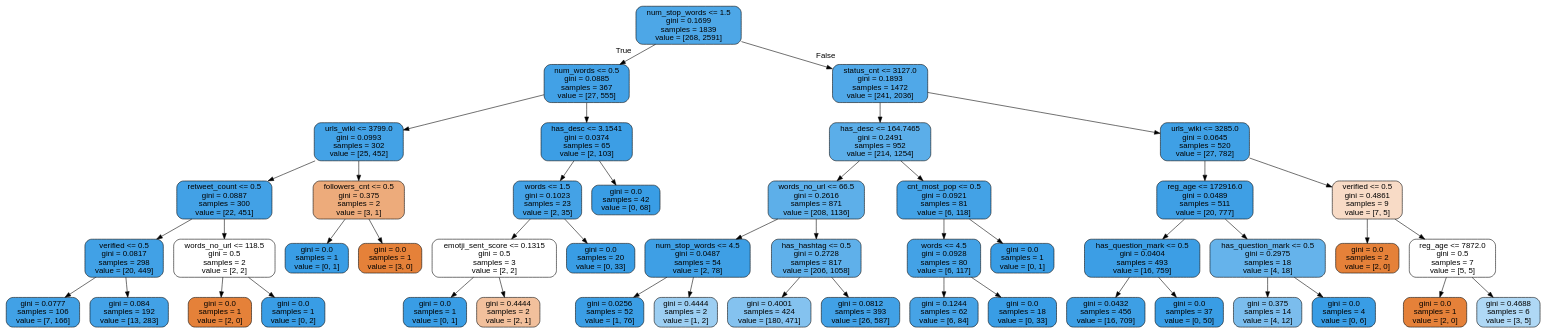
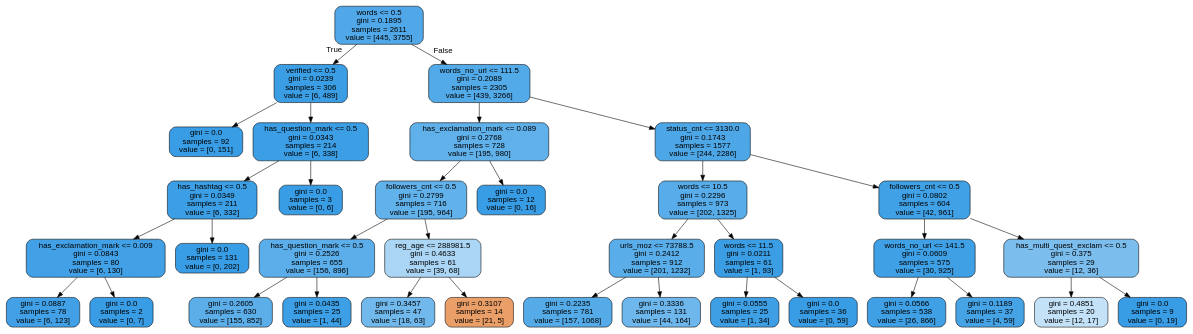
One commit to burningskies42/Twitter_Analytics changed the diagram in Python/twitter_filter/trees/dtree4.dot. Above: the diagram before and after it, drawn with Graphviz. The commit also changed 44 other files, not shown here.

```diff
--- a/Python/twitter_filter/trees/dtree4.dot
+++ b/Python/twitter_filter/trees/dtree4.dot
@@ -1,97 +1,73 @@
 digraph Tree {
 node [shape=box, style="filled, rounded", color="black", fontname=helvetica] ;
 edge [fontname=helvetica] ;
-0 [label="num_stop_words <= 1.5\ngini = 0.1699\nsamples = 1839\nvalue = [268, 2591]", fillcolor="#399de5e5"] ;
-1 [label="num_words <= 0.5\ngini = 0.0885\nsamples = 367\nvalue = [27, 555]", fillcolor="#399de5f3"] ;
+0 [label="words <= 0.5\ngini = 0.1895\nsamples = 2611\nvalue = [445, 3755]", fillcolor="#399de5e1"] ;
+1 [label="verified <= 0.5\ngini = 0.0239\nsamples = 306\nvalue = [6, 489]", fillcolor="#399de5fc"] ;
 0 -> 1 [labeldistance=2.5, labelangle=45, headlabel="True"] ;
-2 [label="urls_wiki <= 3799.0\ngini = 0.0993\nsamples = 302\nvalue = [25, 452]", fillcolor="#399de5f1"] ;
+2 [label="gini = 0.0\nsamples = 92\nvalue = [0, 151]", fillcolor="#399de5ff"] ;
 1 -> 2 ;
-3 [label="retweet_count <= 0.5\ngini = 0.0887\nsamples = 300\nvalue = [22, 451]", fillcolor="#399de5f3"] ;
-2 -> 3 ;
-4 [label="verified <= 0.5\ngini = 0.0817\nsamples = 298\nvalue = [20, 449]", fillcolor="#399de5f4"] ;
+3 [label="has_question_mark <= 0.5\ngini = 0.0343\nsamples = 214\nvalue = [6, 338]", fillcolor="#399de5fa"] ;
+1 -> 3 ;
+4 [label="has_hashtag <= 0.5\ngini = 0.0349\nsamples = 211\nvalue = [6, 332]", fillcolor="#399de5fa"] ;
 3 -> 4 ;
-5 [label="gini = 0.0777\nsamples = 106\nvalue = [7, 166]", fillcolor="#399de5f4"] ;
+5 [label="has_exclamation_mark <= 0.009\ngini = 0.0843\nsamples = 80\nvalue = [6, 130]", fillcolor="#399de5f3"] ;
 4 -> 5 ;
-6 [label="gini = 0.084\nsamples = 192\nvalue = [13, 283]", fillcolor="#399de5f3"] ;
-4 -> 6 ;
-7 [label="words_no_url <= 118.5\ngini = 0.5\nsamples = 2\nvalue = [2, 2]", fillcolor="#e5813900"] ;
-3 -> 7 ;
-8 [label="gini = 0.0\nsamples = 1\nvalue = [2, 0]", fillcolor="#e58139ff"] ;
-7 -> 8 ;
-9 [label="gini = 0.0\nsamples = 1\nvalue = [0, 2]", fillcolor="#399de5ff"] ;
-7 -> 9 ;
-10 [label="followers_cnt <= 0.5\ngini = 0.375\nsamples = 2\nvalue = [3, 1]", fillcolor="#e58139aa"] ;
-2 -> 10 ;
-11 [label="gini = 0.0\nsamples = 1\nvalue = [0, 1]", fillcolor="#399de5ff"] ;
+6 [label="gini = 0.0887\nsamples = 78\nvalue = [6, 123]", fillcolor="#399de5f3"] ;
+5 -> 6 ;
+7 [label="gini = 0.0\nsamples = 2\nvalue = [0, 7]", fillcolor="#399de5ff"] ;
+5 -> 7 ;
+8 [label="gini = 0.0\nsamples = 131\nvalue = [0, 202]", fillcolor="#399de5ff"] ;
+4 -> 8 ;
+9 [label="gini = 0.0\nsamples = 3\nvalue = [0, 6]", fillcolor="#399de5ff"] ;
+3 -> 9 ;
+10 [label="words_no_url <= 111.5\ngini = 0.2089\nsamples = 2305\nvalue = [439, 3266]", fillcolor="#399de5dd"] ;
+0 -> 10 [labeldistance=2.5, labelangle=-45, headlabel="False"] ;
+11 [label="has_exclamation_mark <= 0.089\ngini = 0.2768\nsamples = 728\nvalue = [195, 980]", fillcolor="#399de5cc"] ;
 10 -> 11 ;
-12 [label="gini = 0.0\nsamples = 1\nvalue = [3, 0]", fillcolor="#e58139ff"] ;
-10 -> 12 ;
-13 [label="has_desc <= 3.1541\ngini = 0.0374\nsamples = 65\nvalue = [2, 103]", fillcolor="#399de5fa"] ;
-1 -> 13 ;
-14 [label="words <= 1.5\ngini = 0.1023\nsamples = 23\nvalue = [2, 35]", fillcolor="#399de5f0"] ;
+12 [label="followers_cnt <= 0.5\ngini = 0.2799\nsamples = 716\nvalue = [195, 964]", fillcolor="#399de5cb"] ;
+11 -> 12 ;
+13 [label="has_question_mark <= 0.5\ngini = 0.2526\nsamples = 655\nvalue = [156, 896]", fillcolor="#399de5d3"] ;
+12 -> 13 ;
+14 [label="gini = 0.2605\nsamples = 630\nvalue = [155, 852]", fillcolor="#399de5d1"] ;
 13 -> 14 ;
-15 [label="emotji_sent_score <= 0.1315\ngini = 0.5\nsamples = 3\nvalue = [2, 2]", fillcolor="#e5813900"] ;
-14 -> 15 ;
-16 [label="gini = 0.0\nsamples = 1\nvalue = [0, 1]", fillcolor="#399de5ff"] ;
-15 -> 16 ;
-17 [label="gini = 0.4444\nsamples = 2\nvalue = [2, 1]", fillcolor="#e581397f"] ;
-15 -> 17 ;
-18 [label="gini = 0.0\nsamples = 20\nvalue = [0, 33]", fillcolor="#399de5ff"] ;
-14 -> 18 ;
-19 [label="gini = 0.0\nsamples = 42\nvalue = [0, 68]", fillcolor="#399de5ff"] ;
-13 -> 19 ;
-20 [label="status_cnt <= 3127.0\ngini = 0.1893\nsamples = 1472\nvalue = [241, 2036]", fillcolor="#399de5e1"] ;
-0 -> 20 [labeldistance=2.5, labelangle=-45, headlabel="False"] ;
-21 [label="has_desc <= 164.7465\ngini = 0.2491\nsamples = 952\nvalue = [214, 1254]", fillcolor="#399de5d3"] ;
+15 [label="gini = 0.0435\nsamples = 25\nvalue = [1, 44]", fillcolor="#399de5f9"] ;
+13 -> 15 ;
+16 [label="reg_age <= 288981.5\ngini = 0.4633\nsamples = 61\nvalue = [39, 68]", fillcolor="#399de56d"] ;
+12 -> 16 ;
+17 [label="gini = 0.3457\nsamples = 47\nvalue = [18, 63]", fillcolor="#399de5b6"] ;
+16 -> 17 ;
+18 [label="gini = 0.3107\nsamples = 14\nvalue = [21, 5]", fillcolor="#e58139c2"] ;
+16 -> 18 ;
+19 [label="gini = 0.0\nsamples = 12\nvalue = [0, 16]", fillcolor="#399de5ff"] ;
+11 -> 19 ;
+20 [label="status_cnt <= 3130.0\ngini = 0.1743\nsamples = 1577\nvalue = [244, 2286]", fillcolor="#399de5e4"] ;
+10 -> 20 ;
+21 [label="words <= 10.5\ngini = 0.2296\nsamples = 973\nvalue = [202, 1325]", fillcolor="#399de5d8"] ;
 20 -> 21 ;
-22 [label="words_no_url <= 66.5\ngini = 0.2616\nsamples = 871\nvalue = [208, 1136]", fillcolor="#399de5d0"] ;
+22 [label="urls_moz <= 73788.5\ngini = 0.2412\nsamples = 912\nvalue = [201, 1232]", fillcolor="#399de5d5"] ;
 21 -> 22 ;
-23 [label="num_stop_words <= 4.5\ngini = 0.0487\nsamples = 54\nvalue = [2, 78]", fillcolor="#399de5f8"] ;
+23 [label="gini = 0.2235\nsamples = 781\nvalue = [157, 1068]", fillcolor="#399de5da"] ;
 22 -> 23 ;
-24 [label="gini = 0.0256\nsamples = 52\nvalue = [1, 76]", fillcolor="#399de5fc"] ;
-23 -> 24 ;
-25 [label="gini = 0.4444\nsamples = 2\nvalue = [1, 2]", fillcolor="#399de57f"] ;
-23 -> 25 ;
-26 [label="has_hashtag <= 0.5\ngini = 0.2728\nsamples = 817\nvalue = [206, 1058]", fillcolor="#399de5cd"] ;
-22 -> 26 ;
-27 [label="gini = 0.4001\nsamples = 424\nvalue = [180, 471]", fillcolor="#399de59e"] ;
-26 -> 27 ;
-28 [label="gini = 0.0812\nsamples = 393\nvalue = [26, 587]", fillcolor="#399de5f4"] ;
-26 -> 28 ;
-29 [label="cnt_most_pop <= 0.5\ngini = 0.0921\nsamples = 81\nvalue = [6, 118]", fillcolor="#399de5f2"] ;
-21 -> 29 ;
-30 [label="words <= 4.5\ngini = 0.0928\nsamples = 80\nvalue = [6, 117]", fillcolor="#399de5f2"] ;
+24 [label="gini = 0.3336\nsamples = 131\nvalue = [44, 164]", fillcolor="#399de5bb"] ;
+22 -> 24 ;
+25 [label="words <= 11.5\ngini = 0.0211\nsamples = 61\nvalue = [1, 93]", fillcolor="#399de5fc"] ;
+21 -> 25 ;
+26 [label="gini = 0.0555\nsamples = 25\nvalue = [1, 34]", fillcolor="#399de5f8"] ;
+25 -> 26 ;
+27 [label="gini = 0.0\nsamples = 36\nvalue = [0, 59]", fillcolor="#399de5ff"] ;
+25 -> 27 ;
+28 [label="followers_cnt <= 0.5\ngini = 0.0802\nsamples = 604\nvalue = [42, 961]", fillcolor="#399de5f4"] ;
+20 -> 28 ;
+29 [label="words_no_url <= 141.5\ngini = 0.0609\nsamples = 575\nvalue = [30, 925]", fillcolor="#399de5f7"] ;
+28 -> 29 ;
+30 [label="gini = 0.0566\nsamples = 538\nvalue = [26, 866]", fillcolor="#399de5f7"] ;
 29 -> 30 ;
-31 [label="gini = 0.1244\nsamples = 62\nvalue = [6, 84]", fillcolor="#399de5ed"] ;
-30 -> 31 ;
-32 [label="gini = 0.0\nsamples = 18\nvalue = [0, 33]", fillcolor="#399de5ff"] ;
-30 -> 32 ;
-33 [label="gini = 0.0\nsamples = 1\nvalue = [0, 1]", fillcolor="#399de5ff"] ;
-29 -> 33 ;
-34 [label="urls_wiki <= 3285.0\ngini = 0.0645\nsamples = 520\nvalue = [27, 782]", fillcolor="#399de5f6"] ;
-20 -> 34 ;
-35 [label="reg_age <= 172916.0\ngini = 0.0489\nsamples = 511\nvalue = [20, 777]", fillcolor="#399de5f8"] ;
-34 -> 35 ;
-36 [label="has_question_mark <= 0.5\ngini = 0.0404\nsamples = 493\nvalue = [16, 759]", fillcolor="#399de5fa"] ;
-35 -> 36 ;
-37 [label="gini = 0.0432\nsamples = 456\nvalue = [16, 709]", fillcolor="#399de5f9"] ;
-36 -> 37 ;
-38 [label="gini = 0.0\nsamples = 37\nvalue = [0, 50]", fillcolor="#399de5ff"] ;
-36 -> 38 ;
-39 [label="has_question_mark <= 0.5\ngini = 0.2975\nsamples = 18\nvalue = [4, 18]", fillcolor="#399de5c6"] ;
-35 -> 39 ;
-40 [label="gini = 0.375\nsamples = 14\nvalue = [4, 12]", fillcolor="#399de5aa"] ;
-39 -> 40 ;
-41 [label="gini = 0.0\nsamples = 4\nvalue = [0, 6]", fillcolor="#399de5ff"] ;
-39 -> 41 ;
-42 [label="verified <= 0.5\ngini = 0.4861\nsamples = 9\nvalue = [7, 5]", fillcolor="#e5813949"] ;
-34 -> 42 ;
-43 [label="gini = 0.0\nsamples = 2\nvalue = [2, 0]", fillcolor="#e58139ff"] ;
-42 -> 43 ;
-44 [label="reg_age <= 7872.0\ngini = 0.5\nsamples = 7\nvalue = [5, 5]", fillcolor="#e5813900"] ;
-42 -> 44 ;
-45 [label="gini = 0.0\nsamples = 1\nvalue = [2, 0]", fillcolor="#e58139ff"] ;
-44 -> 45 ;
-46 [label="gini = 0.4688\nsamples = 6\nvalue = [3, 5]", fillcolor="#399de566"] ;
-44 -> 46 ;
+31 [label="gini = 0.1189\nsamples = 37\nvalue = [4, 59]", fillcolor="#399de5ee"] ;
+29 -> 31 ;
+32 [label="has_multi_quest_exclam <= 0.5\ngini = 0.375\nsamples = 29\nvalue = [12, 36]", fillcolor="#399de5aa"] ;
+28 -> 32 ;
+33 [label="gini = 0.4851\nsamples = 20\nvalue = [12, 17]", fillcolor="#399de54b"] ;
+32 -> 33 ;
+34 [label="gini = 0.0\nsamples = 9\nvalue = [0, 19]", fillcolor="#399de5ff"] ;
+32 -> 34 ;
 }
```
